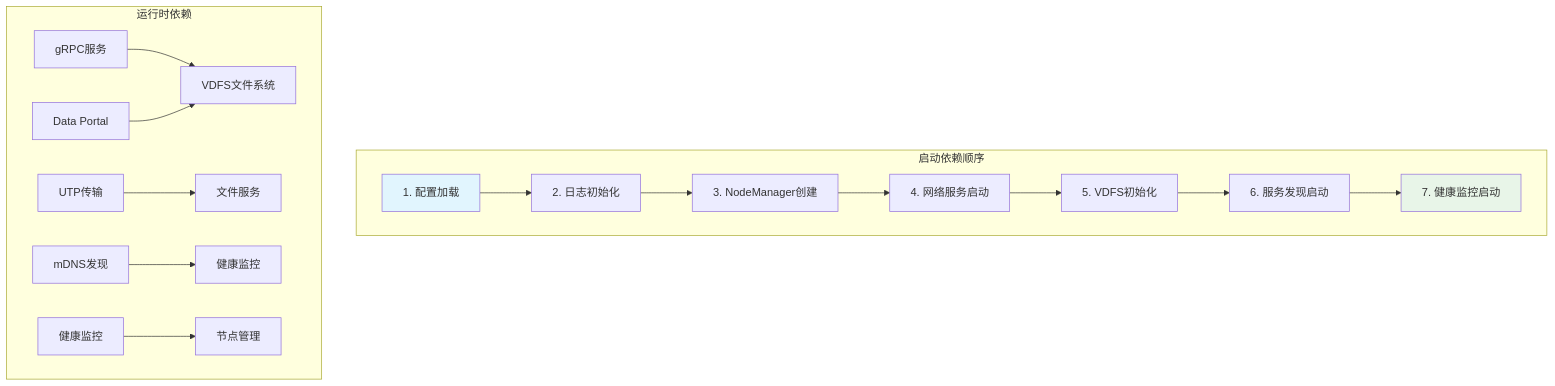
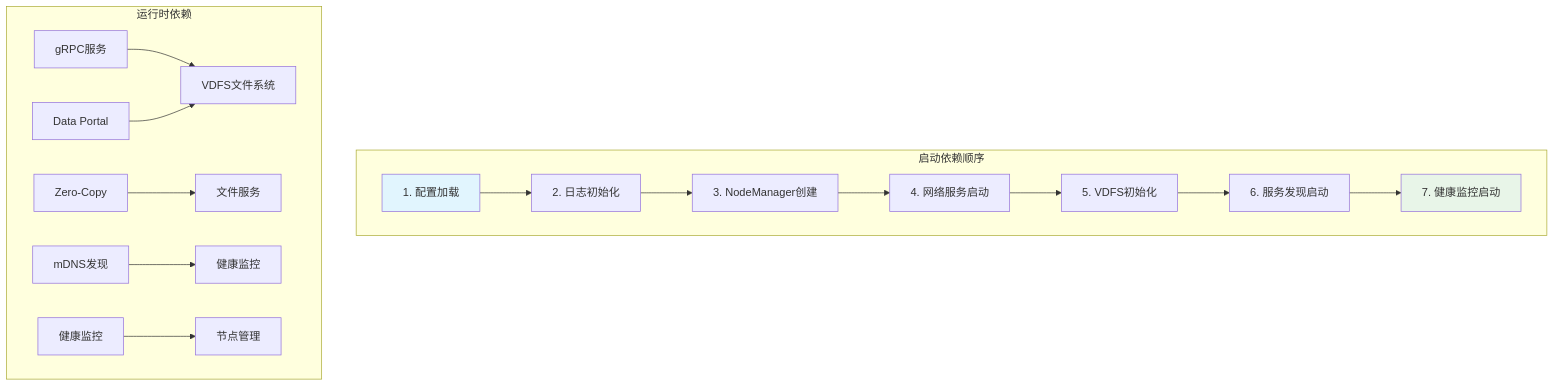
Diagram 17 of 17 in docs/CORE_ARCHITECTURE.md (Gyangu/librorum), drawn with Mermaid before and after one commit. The commit also changed other lines of this file and 19 other files, not shown here.

````diff
--- a/docs/CORE_ARCHITECTURE.md
+++ b/docs/CORE_ARCHITECTURE.md
@@ -781,22 +660,22 @@
 ```mermaid
 graph TB
     subgraph "启动依赖顺序"
         A[1. 配置加载] --> B[2. 日志初始化]
         B --> C[3. NodeManager创建]
         C --> D[4. 网络服务启动]
         D --> E[5. VDFS初始化]
         E --> F[6. 服务发现启动]
         F --> G[7. 健康监控启动]
     end
 
     subgraph "运行时依赖"
         H[gRPC服务] --> I[VDFS文件系统]
         J[Data Portal] --> I
-        K[UTP传输] --> L[文件服务]
+        K[Zero-Copy] --> L[文件服务]
         M[mDNS发现] --> N[健康监控]
         O[健康监控] --> P[节点管理]
     end
 
     style A fill:#e1f5fe
     style G fill:#e8f5e8
 ```
````
